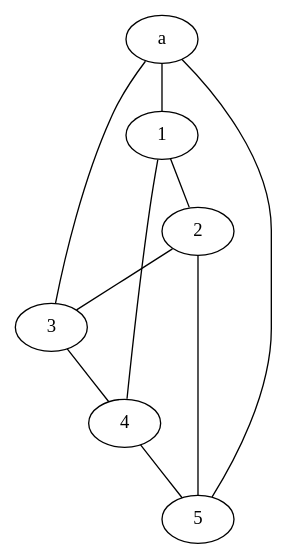
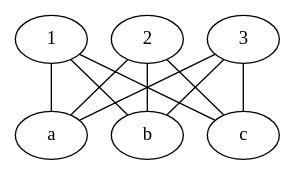
One commit to Geoplexity/CanonicalTopDownDRPlanner changed the diagram in test_files/k33.dot. Above: the diagram before and after it, drawn with Graphviz. The commit also changed 8 other files, not shown here.

```diff
--- a/test_files/k33.dot
+++ b/test_files/k33.dot
@@ -1,17 +1,17 @@
 graph G {
-a;
 1;
 2;
 3;
-4;
-5;
-a--1 ;
-1--2 ;
-2--3 ;
-3--4 ;
-4--5 ;
-5--a ;
-a--3 ;
-1--4 ;
-2--5 ;
+a;
+b;
+c;
+1--a ;
+1--b ;
+1--c ;
+2--a ;
+2--b ;
+2--c ;
+3--a ;
+3--b ;
+3--c ;
 }
```
